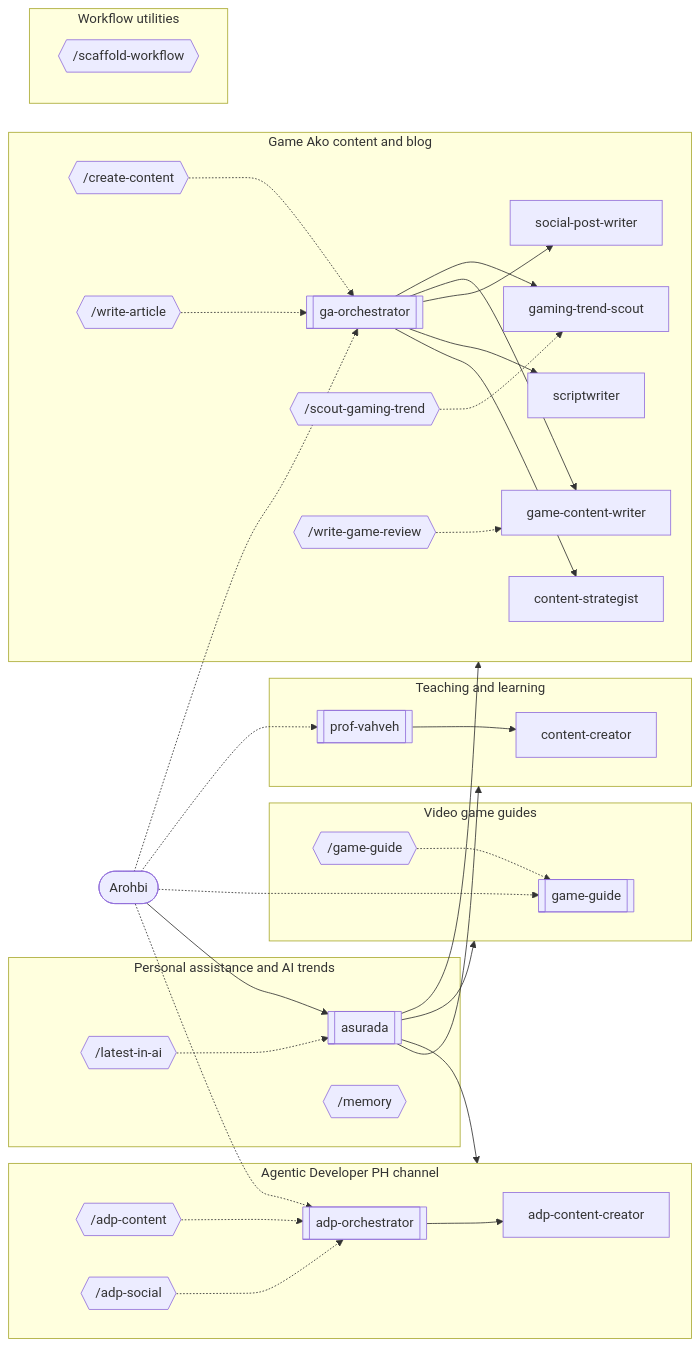
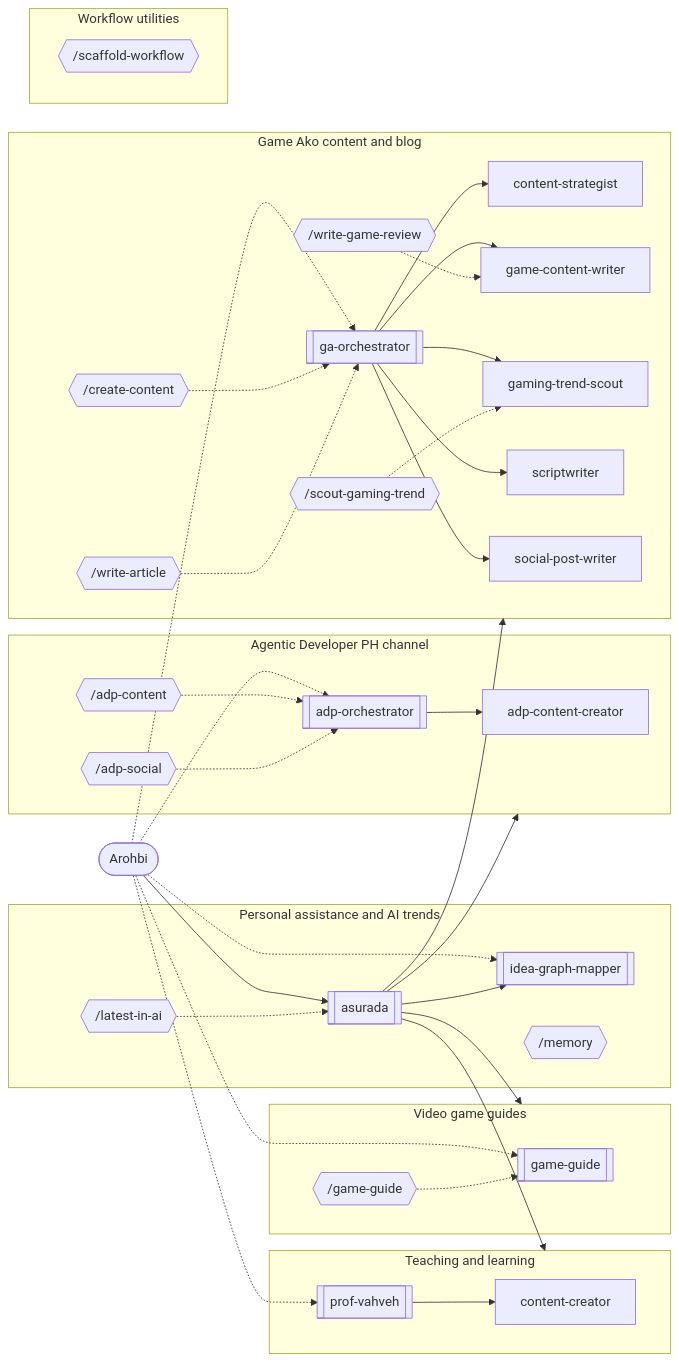
Before and after one commit to Game-Ako-Production/Personal-Agentic-Workflow: the diagram in README.md, drawn with Mermaid. The commit also changed 11 other files, not shown here.

Commit message:
docs: add idea graph generation skills and agents

````diff
--- a/README.md
+++ b/README.md
@@ -22,62 +22,65 @@
 ```mermaid
 flowchart LR
   user([Arohbi])
   subgraph domain_personal["Personal assistance and AI trends"]
     asurada[[asurada]]
+    idea_graph_mapper[[idea-graph-mapper]]
     cmd_latest_in_ai{{"/latest-in-ai"}}
     cmd_memory{{"/memory"}}
   end
   subgraph domain_teaching["Teaching and learning"]
     content_creator[content-creator]
     prof_vahveh[[prof-vahveh]]
   end
   subgraph domain_agentic_developer_ph["Agentic Developer PH channel"]
     adp_content_creator[adp-content-creator]
     adp_orchestrator[[adp-orchestrator]]
     cmd_adp_content{{"/adp-content"}}
     cmd_adp_social{{"/adp-social"}}
   end
   subgraph domain_game_guide["Video game guides"]
     game_guide[[game-guide]]
     cmd_game_guide{{"/game-guide"}}
   end
   subgraph domain_game_ako["Game Ako content and blog"]
     content_strategist[content-strategist]
     ga_orchestrator[[ga-orchestrator]]
     game_content_writer[game-content-writer]
     gaming_trend_scout[gaming-trend-scout]
     scriptwriter[scriptwriter]
     social_post_writer[social-post-writer]
     cmd_create_content{{"/create-content"}}
     cmd_scout_gaming_trend{{"/scout-gaming-trend"}}
     cmd_write_article{{"/write-article"}}
     cmd_write_game_review{{"/write-game-review"}}
   end
   subgraph domain_utility["Workflow utilities"]
     cmd_scaffold_workflow{{"/scaffold-workflow"}}
   end
   user --> asurada
   user -.-> adp_orchestrator
   user -.-> ga_orchestrator
   user -.-> game_guide
+  user -.-> idea_graph_mapper
   user -.-> prof_vahveh
   adp_orchestrator --> adp_content_creator
+  asurada --> idea_graph_mapper
   asurada --> domain_teaching
   asurada --> domain_agentic_developer_ph
   asurada --> domain_game_guide
   asurada --> domain_game_ako
   ga_orchestrator --> content_strategist
   ga_orchestrator --> scriptwriter
   ga_orchestrator --> social_post_writer
   ga_orchestrator --> game_content_writer
   ga_orchestrator --> gaming_trend_scout
   prof_vahveh --> content_creator
   cmd_adp_content -.-> adp_orchestrator
   cmd_adp_social -.-> adp_orchestrator
   cmd_create_content -.-> ga_orchestrator
   cmd_game_guide -.-> game_guide
   cmd_latest_in_ai -.-> asurada
   cmd_scout_gaming_trend -.-> gaming_trend_scout
   cmd_write_article -.-> ga_orchestrator
   cmd_write_game_review -.-> game_content_writer
 ```
````
